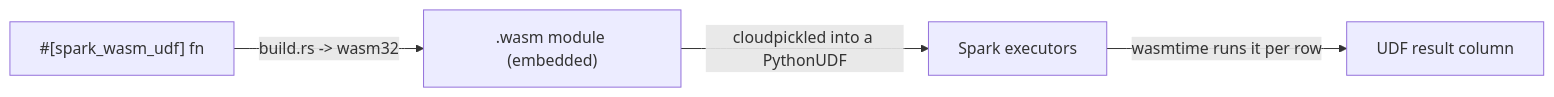
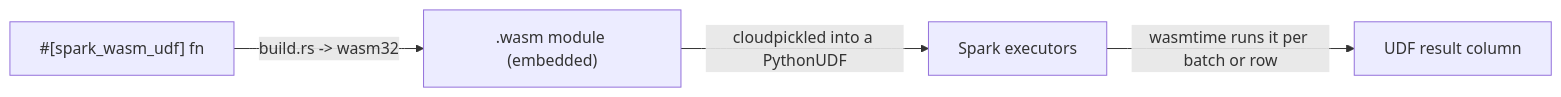
The fourth of 4 diagrams in docs/architecture.md (apache/spark-connect-rust), drawn with Mermaid before and after one commit. The commit also changed 15 other files, not shown here.

First line of the commit message:
[SPARK-61141][CONNECT] Run Rust WASM UDFs once per Arrow batch

````diff
--- a/docs/architecture.md
+++ b/docs/architecture.md
@@ -210,6 +210,6 @@
 ```mermaid
 flowchart LR
     RUSTFN["#[spark_wasm_udf] fn"] -->|"build.rs -> wasm32"| WASM[".wasm module (embedded)"]
     WASM -->|"cloudpickled into a PythonUDF"| SRV["Spark executors"]
-    SRV -->|"wasmtime runs it per row"| RES["UDF result column"]
+    SRV -->|"wasmtime runs it per batch or row"| RES["UDF result column"]
 ```
````
